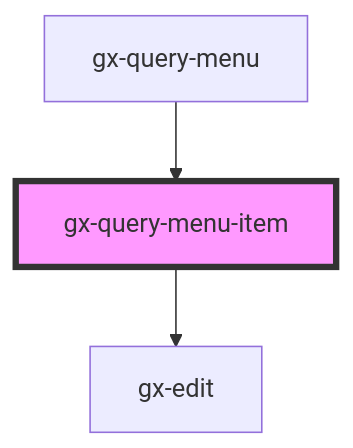
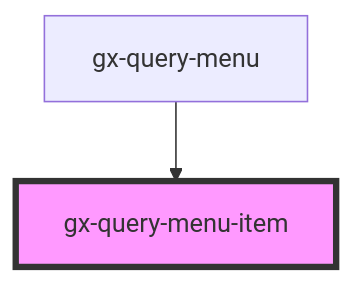
Before and after one commit to genexuslabs/reporting-controls-library: the diagram in src/components/gx-query/query-menu-item/readme.md, drawn with Mermaid. The commit also changed other lines of this file and 10 other files, not shown here.

````diff
--- a/src/components/gx-query/query-menu-item/readme.md
+++ b/src/components/gx-query/query-menu-item/readme.md
@@ -58,6 +54,5 @@
 ```mermaid
 graph TD;
-  gx-query-menu-item --> gx-edit
   gx-query-menu --> gx-query-menu-item
   style gx-query-menu-item fill:#f9f,stroke:#333,stroke-width:4px
 ```
````
